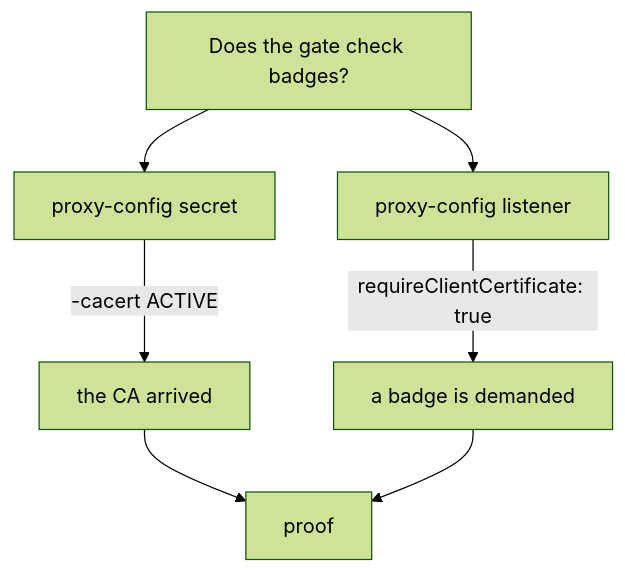
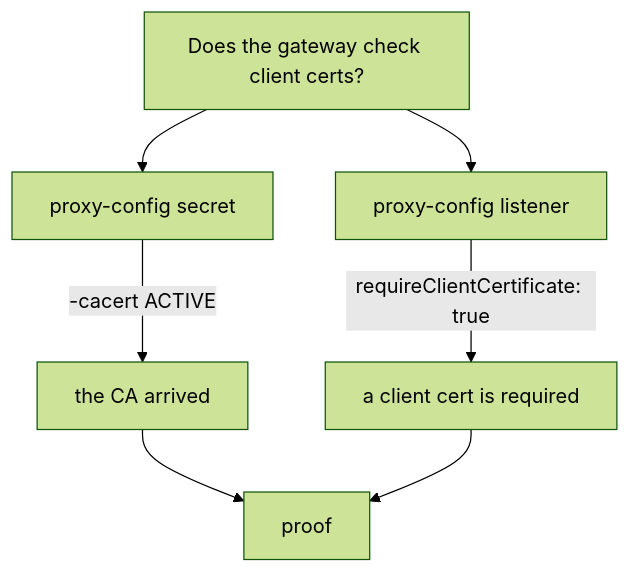
The diagram in sections/section-040/module-02/course-03-turn-away-strangers-and-prove-it.md (astrona-io/ATS015), drawn with Mermaid (forest theme) before and after one commit. The commit also changed other lines of this file and 25 other files, not shown here.

````diff
--- a/sections/section-040/module-02/course-03-turn-away-strangers-and-prove-it.md
+++ b/sections/section-040/module-02/course-03-turn-away-strangers-and-prove-it.md
@@ -160,9 +160,9 @@
 ```mermaid
 flowchart TB
-    Q["Does the gate check badges?"] --> A["proxy-config secret"]
+    Q["Does the gateway check client certs?"] --> A["proxy-config secret"]
     Q --> B["proxy-config listener"]
     A -->|"-cacert ACTIVE"| OK1["the CA arrived"]
-    B -->|"requireClientCertificate: true"| OK2["a badge is demanded"]
+    B -->|"requireClientCertificate: true"| OK2["a client cert is required"]
     OK1 --> P["proof"]
     OK2 --> P
 ```
````
